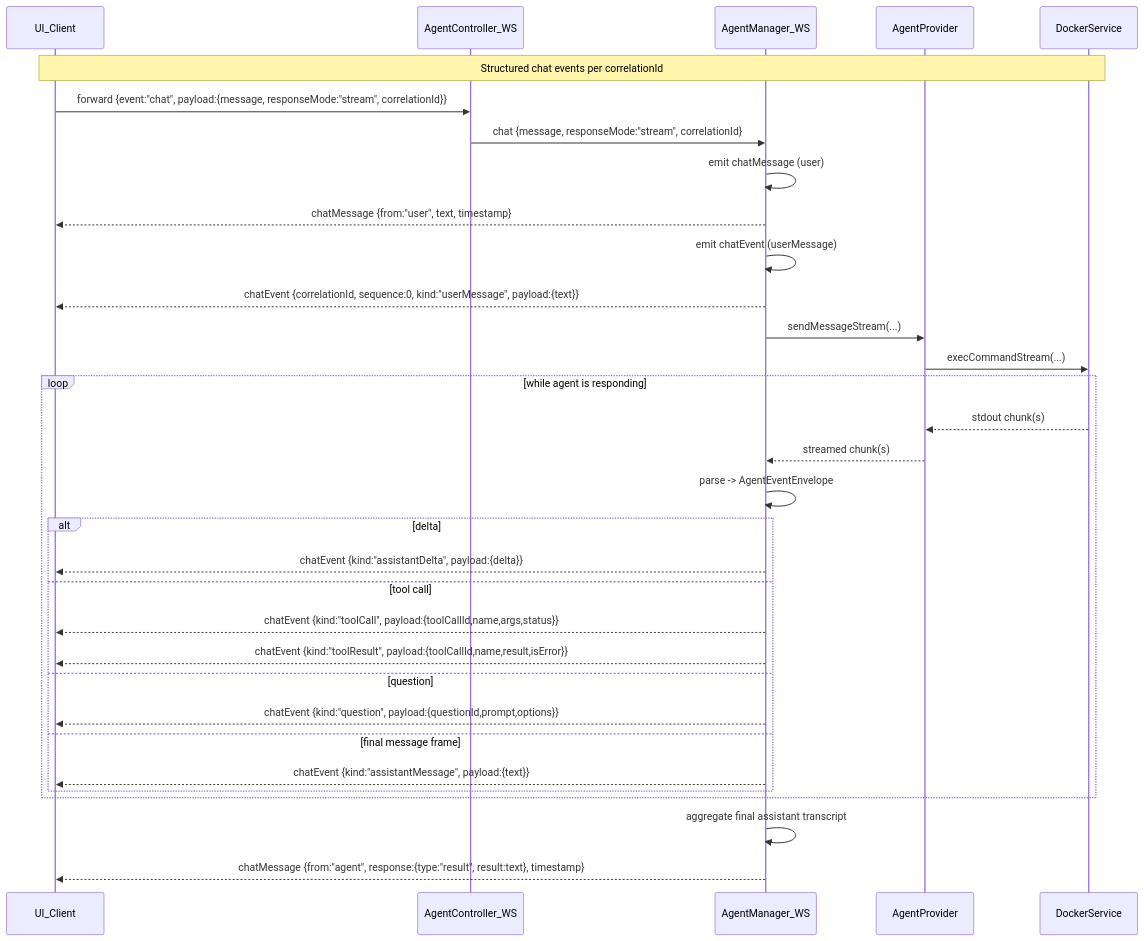
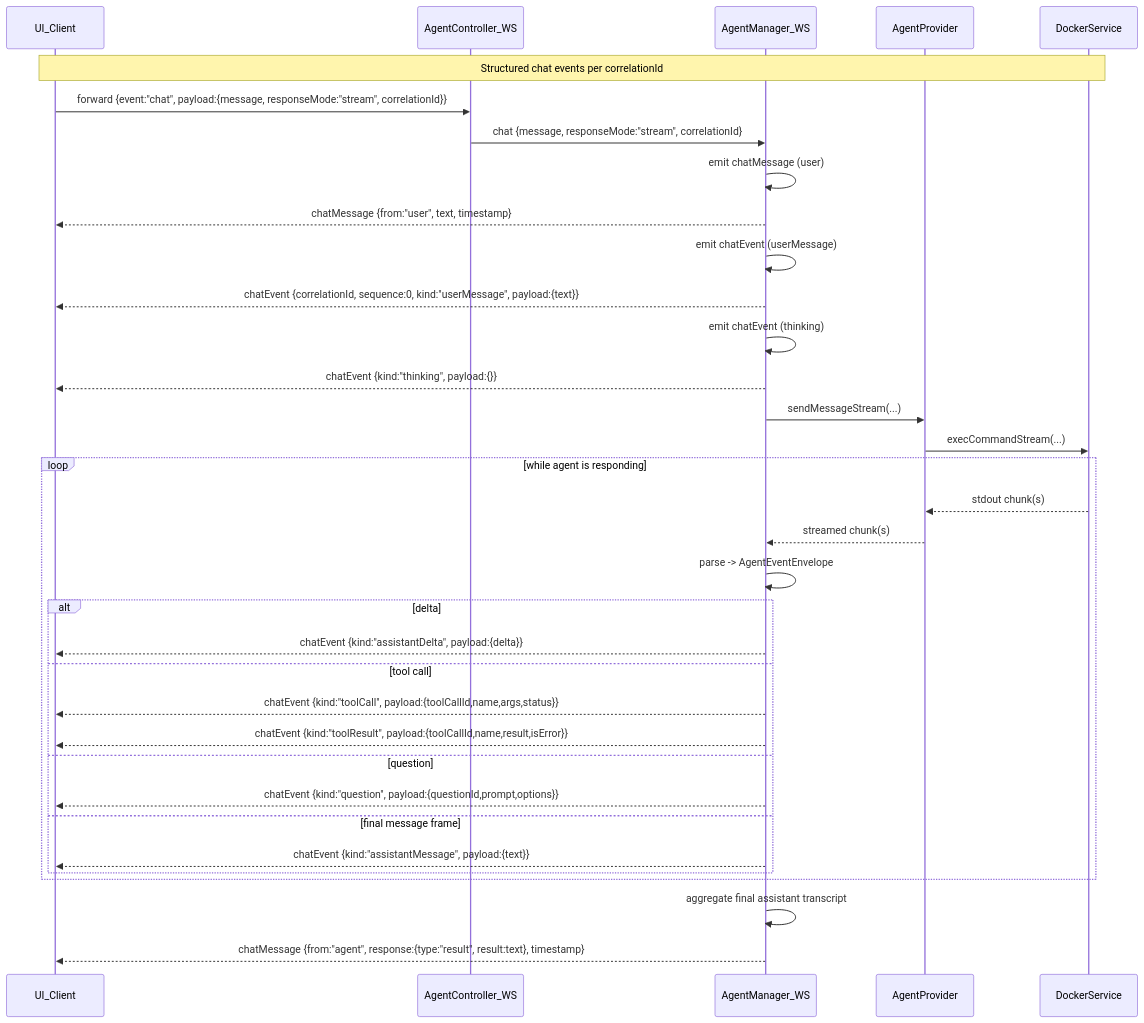
One commit to forepath/agenstra changed the diagram in libs/domains/framework/backend/feature-agent-manager/docs/agent-events.mmd. Above: the diagram before and after it, drawn with Mermaid. The commit also changed 32 other files, not shown here.

```diff
--- a/libs/domains/framework/backend/feature-agent-manager/docs/agent-events.mmd
+++ b/libs/domains/framework/backend/feature-agent-manager/docs/agent-events.mmd
@@ -1,39 +1,42 @@
 sequenceDiagram
     participant UI as UI_Client
     participant Controller as AgentController_WS
     participant Manager as AgentManager_WS
     participant Provider as AgentProvider
     participant Docker as DockerService
 
     Note over UI,Docker: Structured chat events per correlationId
 
     UI->>Controller: forward {event:"chat", payload:{message, responseMode:"stream", correlationId}}
     Controller->>Manager: chat {message, responseMode:"stream", correlationId}
 
     Manager->>Manager: emit chatMessage (user)
     Manager-->>UI: chatMessage {from:"user", text, timestamp}
 
     Manager->>Manager: emit chatEvent (userMessage)
     Manager-->>UI: chatEvent {correlationId, sequence:0, kind:"userMessage", payload:{text}}
+
+    Manager->>Manager: emit chatEvent (thinking)
+    Manager-->>UI: chatEvent {kind:"thinking", payload:{}}
 
     Manager->>Provider: sendMessageStream(...)
     Provider->>Docker: execCommandStream(...)
 
     loop while agent is responding
         Docker-->>Provider: stdout chunk(s)
         Provider-->>Manager: streamed chunk(s)
         Manager->>Manager: parse -> AgentEventEnvelope
         alt delta
             Manager-->>UI: chatEvent {kind:"assistantDelta", payload:{delta}}
         else tool call
             Manager-->>UI: chatEvent {kind:"toolCall", payload:{toolCallId,name,args,status}}
             Manager-->>UI: chatEvent {kind:"toolResult", payload:{toolCallId,name,result,isError}}
         else question
             Manager-->>UI: chatEvent {kind:"question", payload:{questionId,prompt,options}}
         else final message frame
             Manager-->>UI: chatEvent {kind:"assistantMessage", payload:{text}}
         end
     end
 
     Manager->>Manager: aggregate final assistant transcript
     Manager-->>UI: chatMessage {from:"agent", response:{type:"result", result:text}, timestamp}
```
